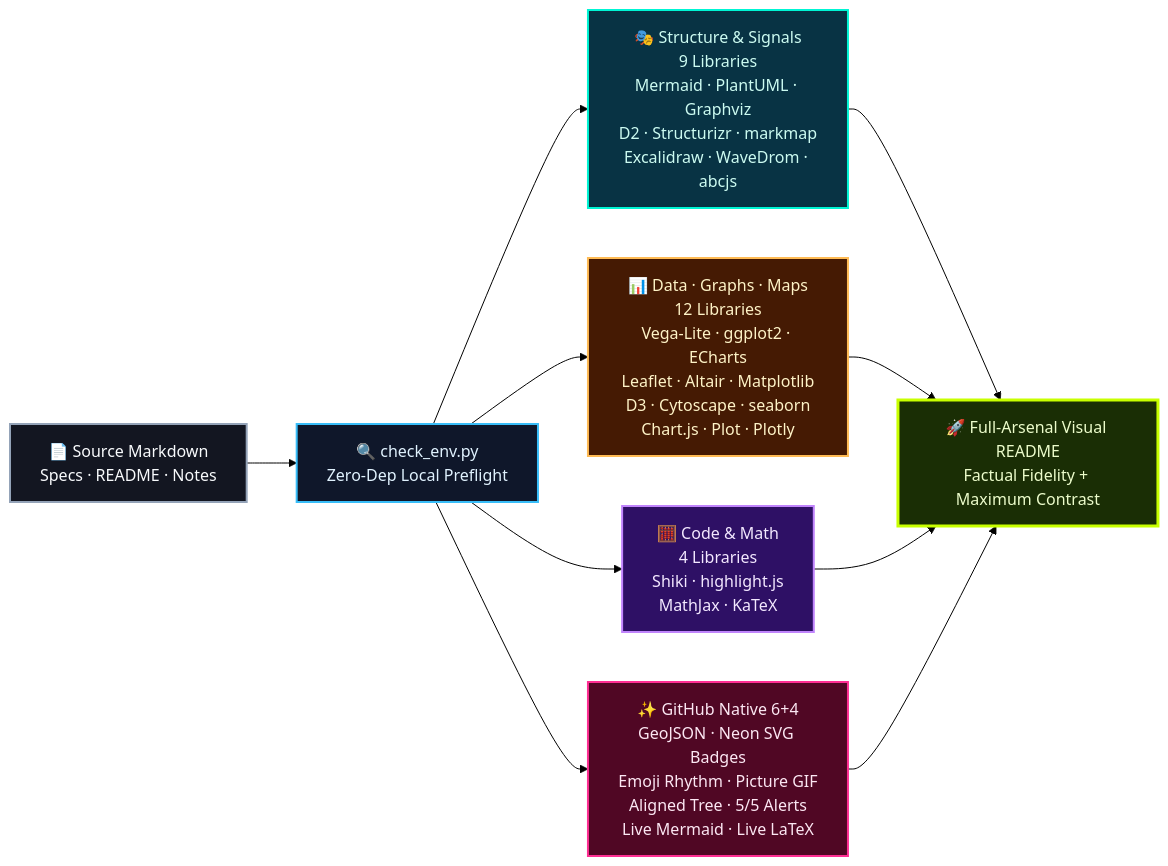
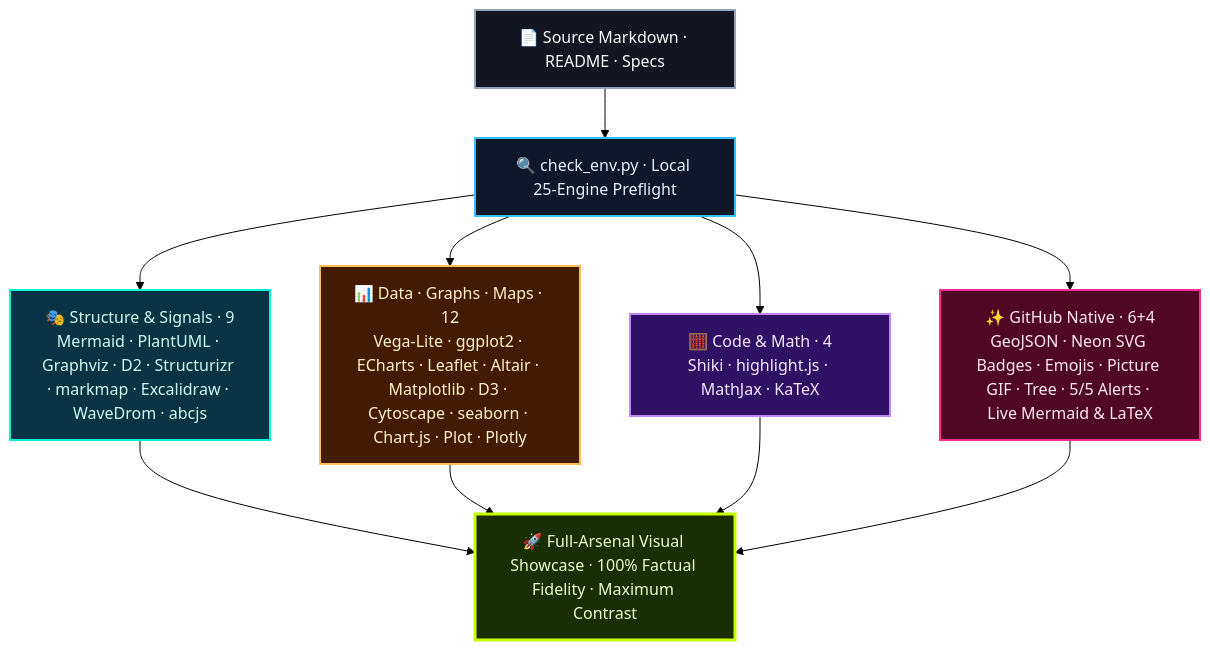
Before and after one commit to Technoetic/md-viz: the diagram in README.md, drawn with Mermaid (forest theme). The commit also changed other lines of this file and 4 other files, not shown here.

Commit message:
fix: enforce UTF-8 stdout for Windows cp1252, compact Mermaid layout & clean emoji anchors

````diff
--- a/README.md
+++ b/README.md
@@ -54,17 +54,17 @@
 ```mermaid
-flowchart LR
-    DOC["📄 Source Markdown\nSpecs · README · Notes"]:::src --> SCAN["🔍 check_env.py\nZero-Dep Local Preflight"]:::env
-    SCAN --> W1["🎭 Structure & Signals\n9 Libraries\nMermaid · PlantUML · Graphviz\nD2 · Structurizr · markmap\nExcalidraw · WaveDrom · abcjs"]:::cyan
-    SCAN --> W2["📊 Data · Graphs · Maps\n12 Libraries\nVega-Lite · ggplot2 · ECharts\nLeaflet · Altair · Matplotlib\nD3 · Cytoscape · seaborn\nChart.js · Plot · Plotly"]:::amber
-    SCAN --> W3["🧮 Code & Math\n4 Libraries\nShiki · highlight.js\nMathJax · KaTeX"]:::violet
-    SCAN --> W4["✨ GitHub Native 6+4\nGeoJSON · Neon SVG Badges\nEmoji Rhythm · Picture GIF\nAligned Tree · 5/5 Alerts\nLive Mermaid · Live LaTeX"]:::magenta
-    W1 & W2 & W3 & W4 --> FINAL["🚀 Full-Arsenal Visual README\nFactual Fidelity + Maximum Contrast"]:::lime
+flowchart TB
+    DOC["📄 Source Markdown · README · Specs"]:::src --> SCAN["🔍 check_env.py · Local 25-Engine Preflight"]:::env
+    SCAN --> W1["🎭 Structure & Signals · 9\nMermaid · PlantUML · Graphviz · D2 · Structurizr · markmap · Excalidraw · WaveDrom · abcjs"]:::cyan
+    SCAN --> W2["📊 Data · Graphs · Maps · 12\nVega-Lite · ggplot2 · ECharts · Leaflet · Altair · Matplotlib · D3 · Cytoscape · seaborn · Chart.js · Plot · Plotly"]:::amber
+    SCAN --> W3["🧮 Code & Math · 4\nShiki · highlight.js · MathJax · KaTeX"]:::violet
+    SCAN --> W4["✨ GitHub Native · 6+4\nGeoJSON · Neon SVG Badges · Emojis · Picture GIF · Tree · 5/5 Alerts · Live Mermaid & LaTeX"]:::magenta
+    W1 & W2 & W3 & W4 --> FINAL["🚀 Full-Arsenal Visual Showcase · 100% Factual Fidelity · Maximum Contrast"]:::lime
 
     classDef src fill:#131621,stroke:#94a3b8,color:#f8fafc,stroke-width:2px
     classDef env fill:#0f172a,stroke:#38bdf8,color:#e0f2fe,stroke-width:2px
     classDef cyan fill:#083344,stroke:#00f5d4,color:#ccfbf1,stroke-width:2px
     classDef amber fill:#451a03,stroke:#ffbb54,color:#fef3c7,stroke-width:2px
     classDef violet fill:#2e1065,stroke:#c084fc,color:#f3e8ff,stroke-width:2px
     classDef magenta fill:#500724,stroke:#ff2e93,color:#fce7f3,stroke-width:2px
     classDef lime fill:#1a2e05,stroke:#c8ff00,color:#ecfccb,stroke-width:3px
 ```
````
